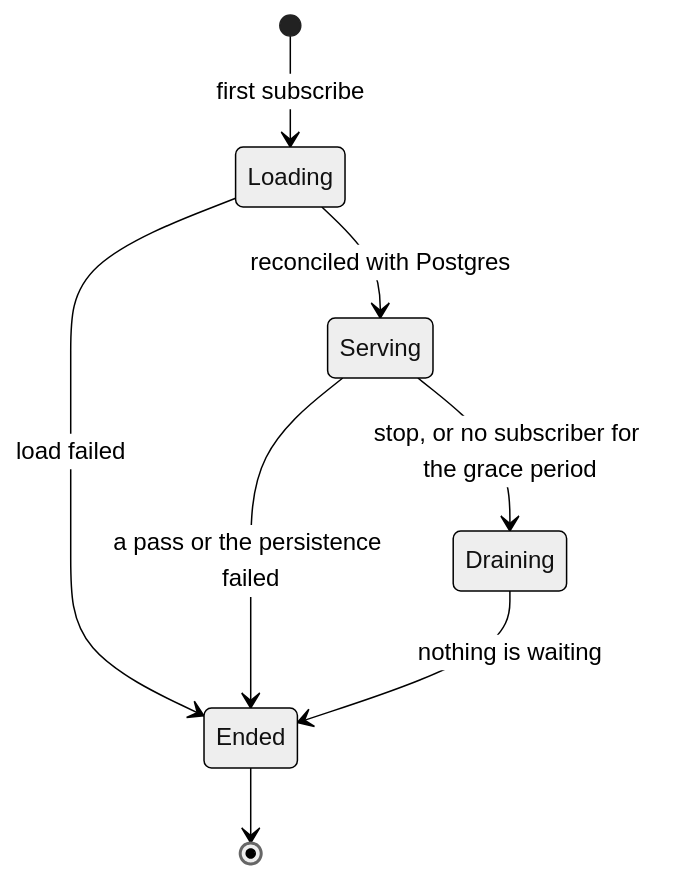
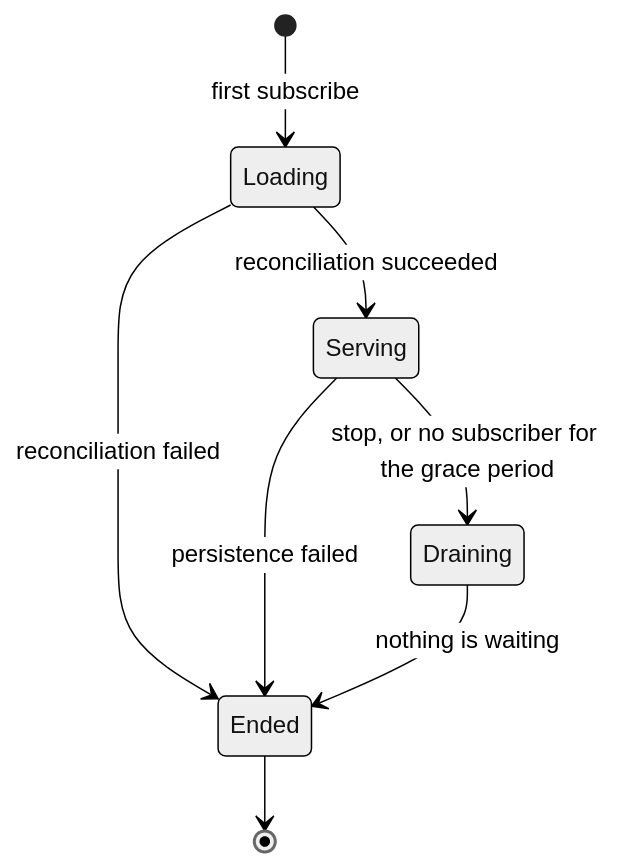
One commit to gzp79/shine-services changed the sixth of 8 diagrams in docs/services/builder/command-stream.md. Above: the diagram before and after it, drawn with Mermaid (neutral theme). The commit also changed other lines of this file and 17 other files, not shown here.

````diff
--- a/docs/services/builder/command-stream.md
+++ b/docs/services/builder/command-stream.md
@@ -210,10 +211,10 @@
 ```mermaid
 stateDiagram-v2
     [*] --> Loading: first subscribe
-    Loading --> Serving: reconciled with Postgres
-    Loading --> Ended: load failed
+    Loading --> Serving: reconciliation succeeded
+    Loading --> Ended: reconciliation failed
     Serving --> Draining: stop, or no subscriber for the grace period
-    Serving --> Ended: a pass or the persistence failed
+    Serving --> Ended: persistence failed
     Draining --> Ended: nothing is waiting
     Ended --> [*]
 ```
````
